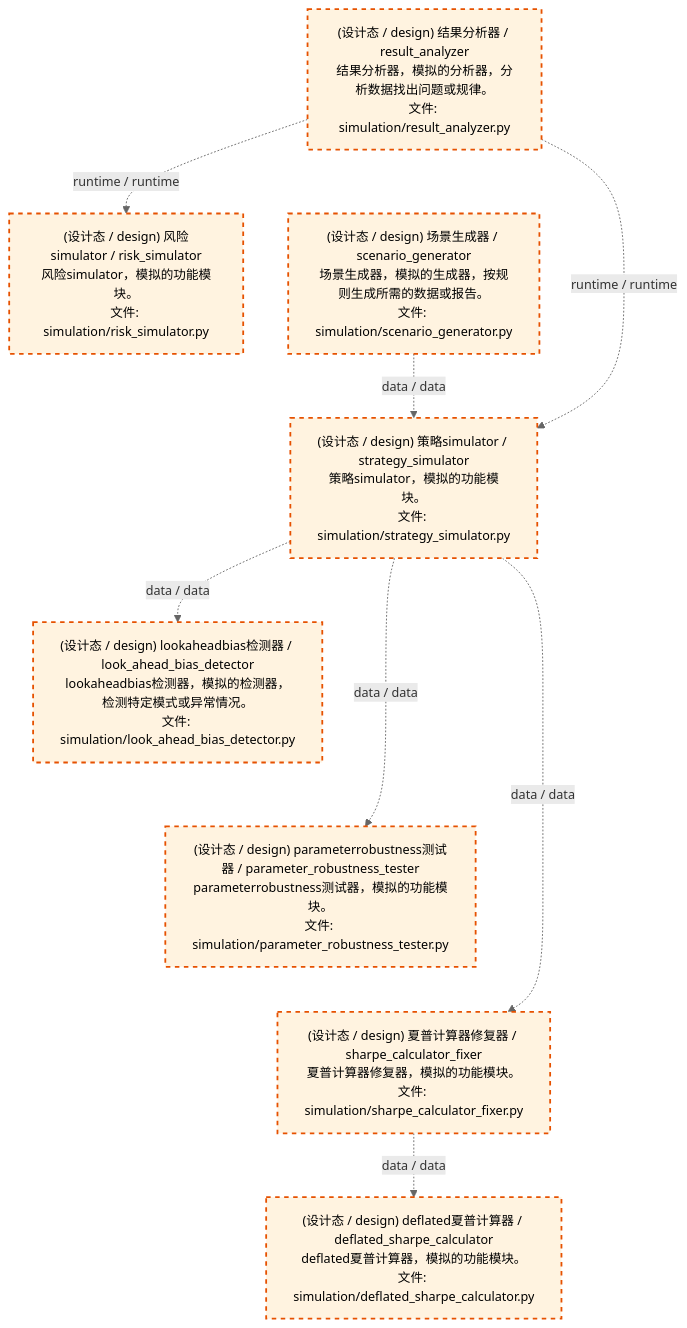
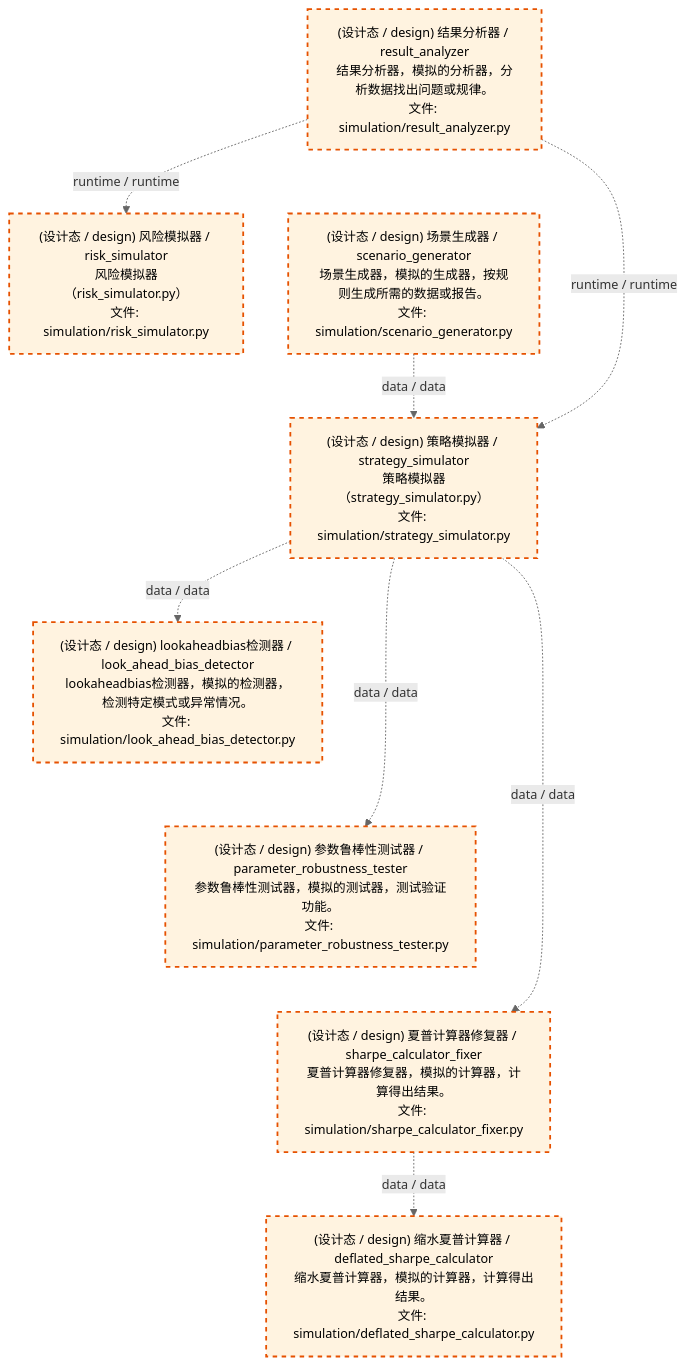
One commit to xuanFelixVan/ZephyrAlpha changed the third of 4 diagrams in docs/02_enterprise_architecture/02_domain_architecture_docs/70_d_simulation.md. Above: the diagram before and after it, drawn with Mermaid. The commit also changed other lines of this file and 50 other files, not shown here.

````diff
--- a/docs/02_enterprise_architecture/02_domain_architecture_docs/70_d_simulation.md
+++ b/docs/02_enterprise_architecture/02_domain_architecture_docs/70_d_simulation.md
@@ -112,28 +112,28 @@
 ```mermaid
 %%{init: {'theme': 'base', 'themeVariables': {'primaryColor': '#eaeaea', 'primaryTextColor': '#333333', 'primaryBorderColor': '#666666', 'lineColor': '#666666', 'secondaryColor': '#eaeaea', 'tertiaryColor': '#eaeaea', 'fontSize': '14px'}}}%%
 flowchart TD
     src_zephyr_simulation_result_analyzer_py["(设计态 / design) 结果分析器 / result_analyzer<br/>结果分析器，模拟的分析器，分析数据找出问题或规律。<br/>文件: simulation/result_analyzer.py"]
     src_zephyr_simulation_scenario_generator_py["(设计态 / design) 场景生成器 / scenario_generator<br/>场景生成器，模拟的生成器，按规则生成所需的数据或报告。<br/>文件: simulation/scenario_generator.py"]
     src_zephyr_simulation_result_analyzer_py ~~~ src_zephyr_simulation_scenario_generator_py
-    src_zephyr_simulation_risk_simulator_py["(设计态 / design) 风险simulator / risk_simulator<br/>风险simulator，模拟的功能模块。<br/>文件: simulation/risk_simulator.py"]
-    src_zephyr_simulation_strategy_simulator_py["(设计态 / design) 策略simulator / strategy_simulator<br/>策略simulator，模拟的功能模块。<br/>文件: simulation/strategy_simulator.py"]
+    src_zephyr_simulation_risk_simulator_py["(设计态 / design) 风险模拟器 / risk_simulator<br/>风险模拟器（risk_simulator.py）<br/>文件: simulation/risk_simulator.py"]
+    src_zephyr_simulation_strategy_simulator_py["(设计态 / design) 策略模拟器 / strategy_simulator<br/>策略模拟器（strategy_simulator.py）<br/>文件: simulation/strategy_simulator.py"]
     src_zephyr_simulation_risk_simulator_py ~~~ src_zephyr_simulation_strategy_simulator_py
     src_zephyr_simulation_look_ahead_bias_detector_py["(设计态 / design) lookaheadbias检测器 / look_ahead_bias_detector<br/>lookaheadbias检测器，模拟的检测器，检测特定模式或异常情况。<br/>文件: simulation/look_ahead_bias_detector.py"]
-    src_zephyr_simulation_parameter_robustness_tester_py["(设计态 / design) parameterrobustness测试器 / parameter_robustness_tester<br/>parameterrobustness测试器，模拟的功能模块。<br/>文件: simulation/parameter_robustness_tester.py"]
-    src_zephyr_simulation_sharpe_calculator_fixer_py["(设计态 / design) 夏普计算器修复器 / sharpe_calculator_fixer<br/>夏普计算器修复器，模拟的功能模块。<br/>文件: simulation/sharpe_calculator_fixer.py"]
+    src_zephyr_simulation_parameter_robustness_tester_py["(设计态 / design) 参数鲁棒性测试器 / parameter_robustness_tester<br/>参数鲁棒性测试器，模拟的测试器，测试验证功能。<br/>文件: simulation/parameter_robustness_tester.py"]
+    src_zephyr_simulation_sharpe_calculator_fixer_py["(设计态 / design) 夏普计算器修复器 / sharpe_calculator_fixer<br/>夏普计算器修复器，模拟的计算器，计算得出结果。<br/>文件: simulation/sharpe_calculator_fixer.py"]
     src_zephyr_simulation_look_ahead_bias_detector_py ~~~ src_zephyr_simulation_parameter_robustness_tester_py
     src_zephyr_simulation_parameter_robustness_tester_py ~~~ src_zephyr_simulation_sharpe_calculator_fixer_py
-    src_zephyr_simulation_deflated_sharpe_calculator_py["(设计态 / design) deflated夏普计算器 / deflated_sharpe_calculator<br/>deflated夏普计算器，模拟的功能模块。<br/>文件: simulation/deflated_sharpe_calculator.py"]
+    src_zephyr_simulation_deflated_sharpe_calculator_py["(设计态 / design) 缩水夏普计算器 / deflated_sharpe_calculator<br/>缩水夏普计算器，模拟的计算器，计算得出结果。<br/>文件: simulation/deflated_sharpe_calculator.py"]
     src_zephyr_simulation_strategy_simulator_py -.->|data / data| src_zephyr_simulation_parameter_robustness_tester_py
     src_zephyr_simulation_strategy_simulator_py -.->|data / data| src_zephyr_simulation_look_ahead_bias_detector_py
     src_zephyr_simulation_strategy_simulator_py -.->|data / data| src_zephyr_simulation_sharpe_calculator_fixer_py
     src_zephyr_simulation_scenario_generator_py -.->|data / data| src_zephyr_simulation_strategy_simulator_py
     src_zephyr_simulation_result_analyzer_py -.->|runtime / runtime| src_zephyr_simulation_strategy_simulator_py
     src_zephyr_simulation_result_analyzer_py -.->|runtime / runtime| src_zephyr_simulation_risk_simulator_py
     src_zephyr_simulation_sharpe_calculator_fixer_py -.->|data / data| src_zephyr_simulation_deflated_sharpe_calculator_py
     classDef production fill:#e1f5fe,stroke:#01579b,stroke-width:2px,color:#000
     classDef design fill:#fff3e0,stroke:#e65100,stroke-width:2px,color:#000,stroke-dasharray: 5 5
     classDef external_prod fill:#e8f4fd,stroke:#0277bd,stroke-width:1px,color:#000
     classDef external_design fill:#fff8e7,stroke:#ef6c00,stroke-width:1px,color:#000,stroke-dasharray: 5 5
     class src_zephyr_simulation_deflated_sharpe_calculator_py,src_zephyr_simulation_look_ahead_bias_detector_py,src_zephyr_simulation_parameter_robustness_tester_py,src_zephyr_simulation_result_analyzer_py,src_zephyr_simulation_risk_simulator_py,src_zephyr_simulation_scenario_generator_py,src_zephyr_simulation_sharpe_calculator_fixer_py,src_zephyr_simulation_strategy_simulator_py design
 ```
````
